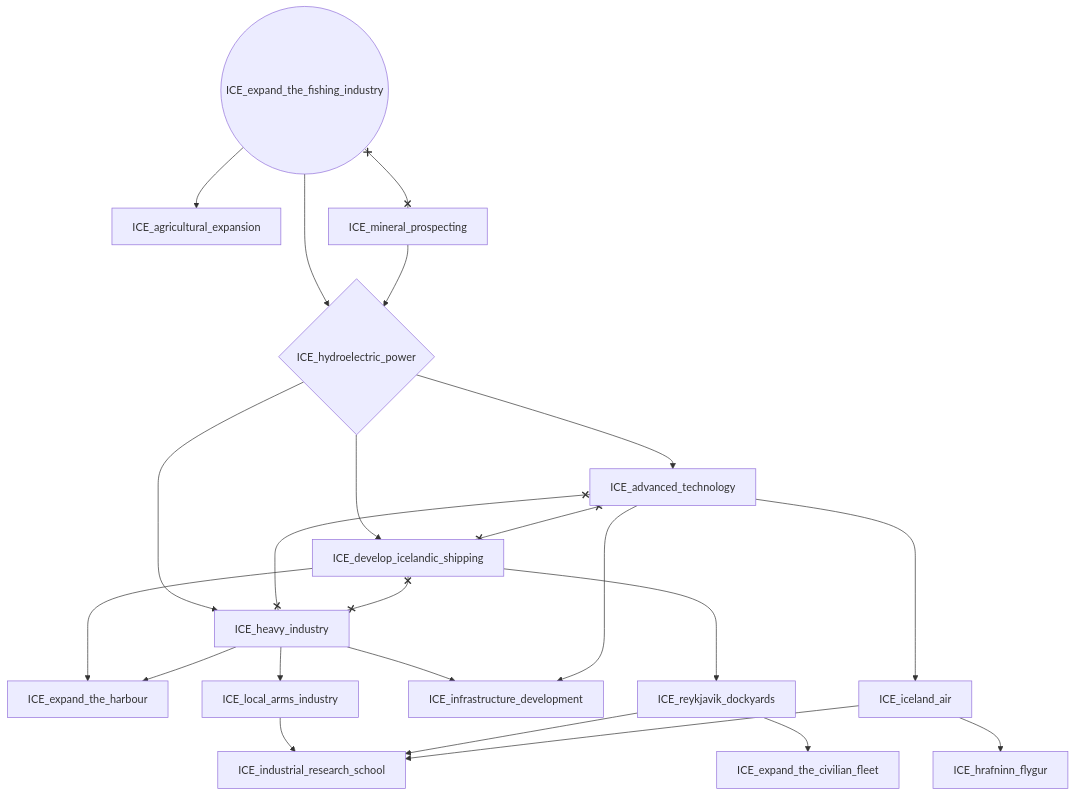
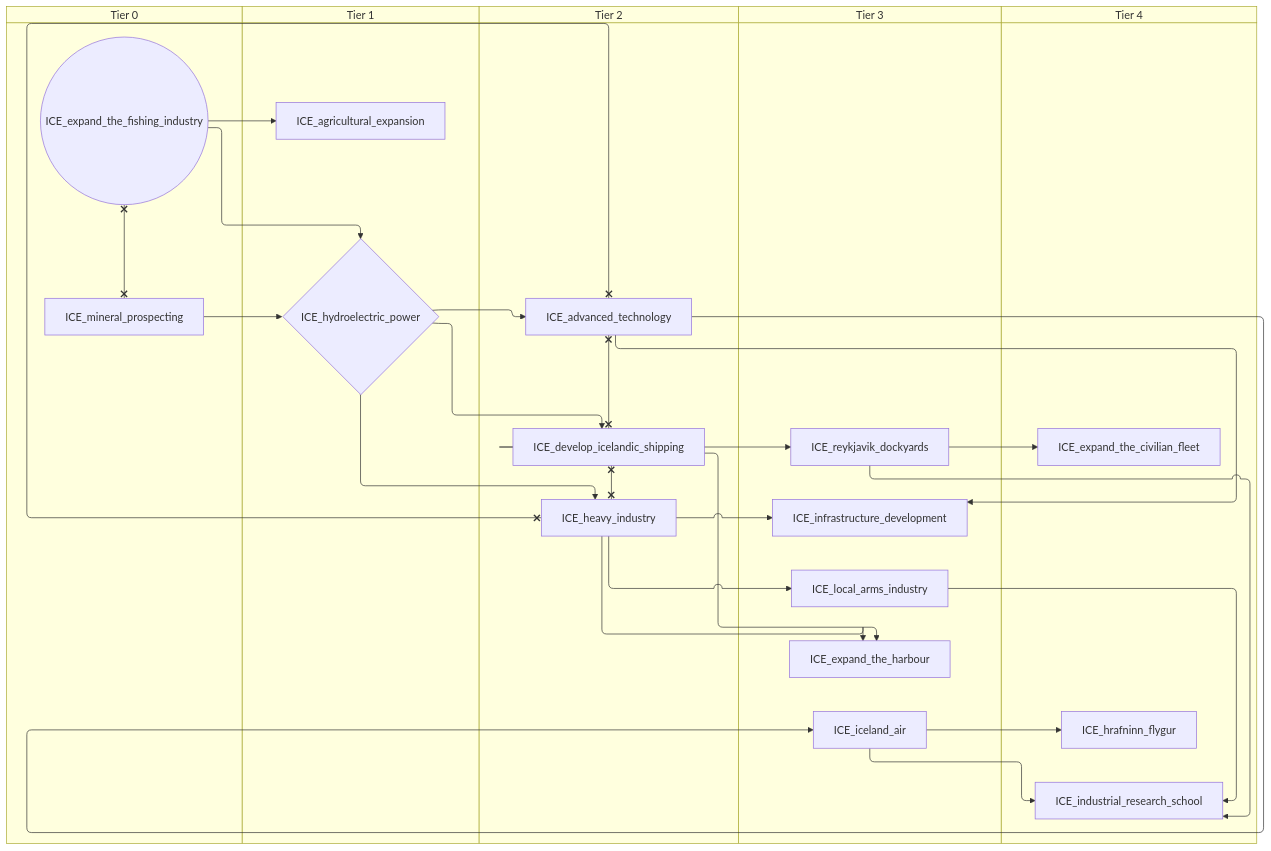
The first of 6 diagrams in docs/gdd/National Focuses/iceland.md (evgeny-sobol/hoi4-sandbox-mode), drawn with Mermaid before and after one commit. The commit also changed other lines of this file and 80 other files, not shown here.

First line of the commit message:
Add swimlane mode to focus graph exporter

````diff
--- a/docs/gdd/National Focuses/iceland.md
+++ b/docs/gdd/National Focuses/iceland.md
@@ -3,40 +3,50 @@
 ```mermaid
-flowchart TD
-    n1["ICE_advanced_technology"]
-    n2["ICE_agricultural_expansion"]
-    n3["ICE_develop_icelandic_shipping"]
-    n4["ICE_expand_the_civilian_fleet"]
-    n5(("ICE_expand_the_fishing_industry"))
-    n6["ICE_expand_the_harbour"]
-    n7["ICE_heavy_industry"]
-    n8["ICE_hrafninn_flygur"]
-    n9{"ICE_hydroelectric_power"}
-    n10["ICE_iceland_air"]
-    n11["ICE_industrial_research_school"]
-    n12["ICE_infrastructure_development"]
-    n13["ICE_local_arms_industry"]
-    n14["ICE_mineral_prospecting"]
-    n15["ICE_reykjavik_dockyards"]
-    n9 --> n1
-    n5 --> n2
-    n9 --> n3
-    n15 --> n4
-    n3 --> n6
-    n7 --> n6
-    n9 --> n7
-    n10 --> n8
+swimlane-beta TD
+    subgraph tier_0["Tier 0"]
+        n1(("ICE_expand_the_fishing_industry"))
+        n2["ICE_mineral_prospecting"]
+    end
+    subgraph tier_1["Tier 1"]
+        n3["ICE_agricultural_expansion"]
+        n4{"ICE_hydroelectric_power"}
+    end
+    subgraph tier_2["Tier 2"]
+        n5["ICE_advanced_technology"]
+        n6["ICE_develop_icelandic_shipping"]
+        n7["ICE_heavy_industry"]
+    end
+    subgraph tier_3["Tier 3"]
+        n8["ICE_expand_the_harbour"]
+        n9["ICE_iceland_air"]
+        n10["ICE_infrastructure_development"]
+        n11["ICE_local_arms_industry"]
+        n12["ICE_reykjavik_dockyards"]
+    end
+    subgraph tier_4["Tier 4"]
+        n13["ICE_expand_the_civilian_fleet"]
+        n14["ICE_hrafninn_flygur"]
+        n15["ICE_industrial_research_school"]
+    end
+    n4 --> n5
+    n1 --> n3
+    n4 --> n6
+    n12 --> n13
+    n6 --> n8
+    n7 --> n8
+    n4 --> n7
+    n9 --> n14
+    n1 --> n4
+    n2 --> n4
     n5 --> n9
-    n14 --> n9
-    n1 --> n10
-    n13 --> n11
-    n15 --> n11
-    n10 --> n11
-    n7 --> n12
-    n1 --> n12
-    n7 --> n13
-    n3 --> n15
-    n1 x--x n3
-    n1 x--x n7
-    n3 x--x n7
-    n5 x--x n14
+    n11 --> n15
+    n12 --> n15
+    n9 --> n15
+    n7 --> n10
+    n5 --> n10
+    n7 --> n11
+    n6 --> n12
+    n5 x--x n6
+    n5 x--x n7
+    n6 x--x n7
+    n1 x--x n2
 ```
````
